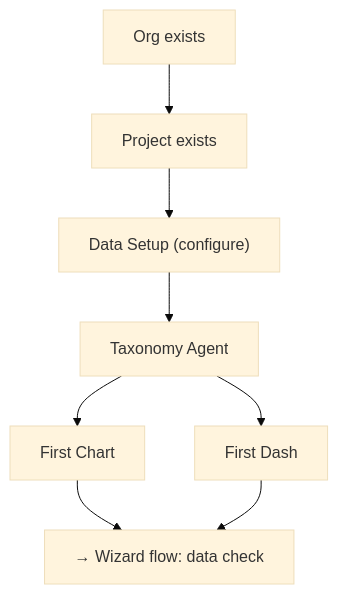
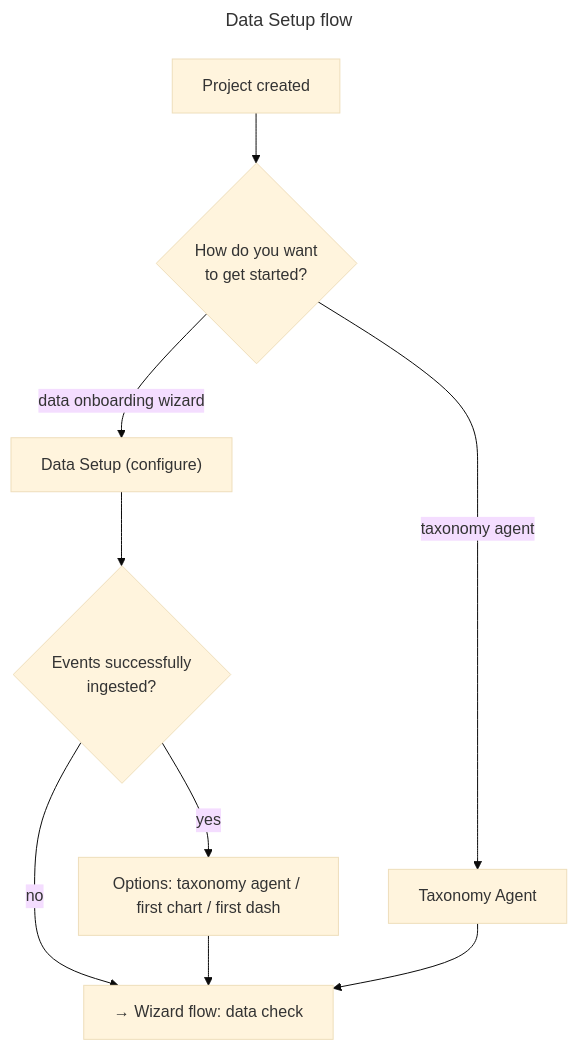
The diagram in docs/diagrams/data-setup-flow.mmd (amplitude/wizard), drawn with Mermaid (base theme) before and after one commit. The commit also changed 17 other files, not shown here.

First line of the commit message:
Add CLAUDE.md, expand flows, and update docs

```diff
--- a/docs/diagrams/data-setup-flow.mmd
+++ b/docs/diagrams/data-setup-flow.mmd
@@ -1,8 +1,13 @@
+---
+title: Data Setup flow
+---
 flowchart TD
-    ORG_EXISTS["Org exists"] --> PROJ_EXISTS["Project exists"]
-    PROJ_EXISTS --> CONFIGURE["Data Setup (configure)"]
-    CONFIGURE --> TAXONOMY["Taxonomy Agent"]
-    TAXONOMY --> FIRST_CHART["First Chart"]
-    TAXONOMY --> FIRST_DASH["First Dash"]
-    FIRST_CHART --> DONE["→ Wizard flow: data check"]
-    FIRST_DASH --> DONE
+    START["Project created"] --> CHOICE{How do you want<br/>to get started?}
+    CHOICE -->|data onboarding wizard| CONFIGURE["Data Setup (configure)"]
+    CHOICE -->|taxonomy agent| TAXONOMY["Taxonomy Agent"]
+
+    CONFIGURE --> INGESTED{Events successfully<br/>ingested?}
+    INGESTED -->|yes| POST_INGEST["Options: taxonomy agent / first chart / first dash"]
+    INGESTED -->|no| DONE["→ Wizard flow: data check"]
+    POST_INGEST --> DONE
+    TAXONOMY --> DONE
```
